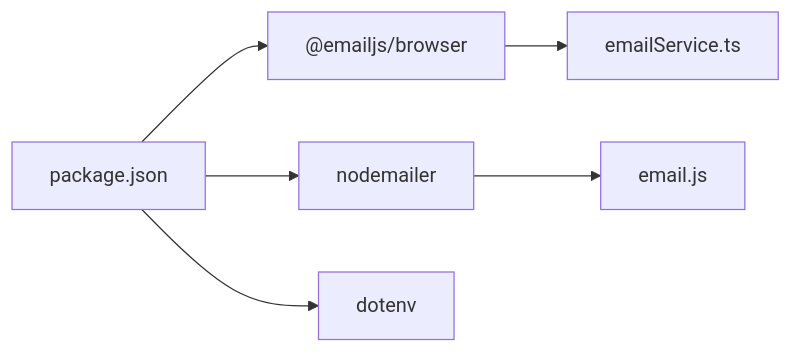
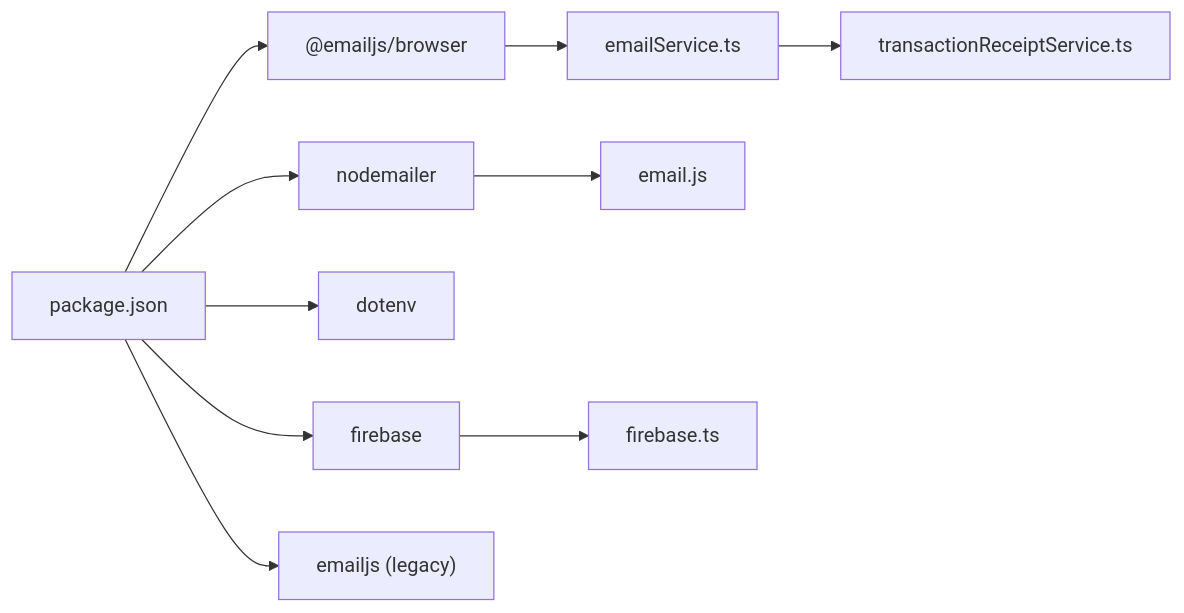
Before and after one commit to Unsure-bry/sampacoop_system: the fifth of 5 diagrams in .qoder/repowiki/en/content/Email & Notification System/Email Service Configuration.md, drawn with Mermaid. The commit also changed other lines of this file and 12 other files, not shown here.

````diff
--- a/.qoder/repowiki/en/content/Email & Notification System/Email Service Configuration.md
+++ b/.qoder/repowiki/en/content/Email & Notification System/Email Service Configuration.md
@@ -201,8 +356,12 @@
 ```mermaid
 graph LR
 P["package.json"] --> EJS["@emailjs/browser"]
 P --> NM["nodemailer"]
 P --> DOT["dotenv"]
+P --> FB["firebase"]
+P --> EJS2["emailjs (legacy)"]
 EJS --> ES["emailService.ts"]
 NM --> SMTP["email.js"]
+FB --> FS["firebase.ts"]
+ES --> TRS["transactionReceiptService.ts"]
 ```
````
